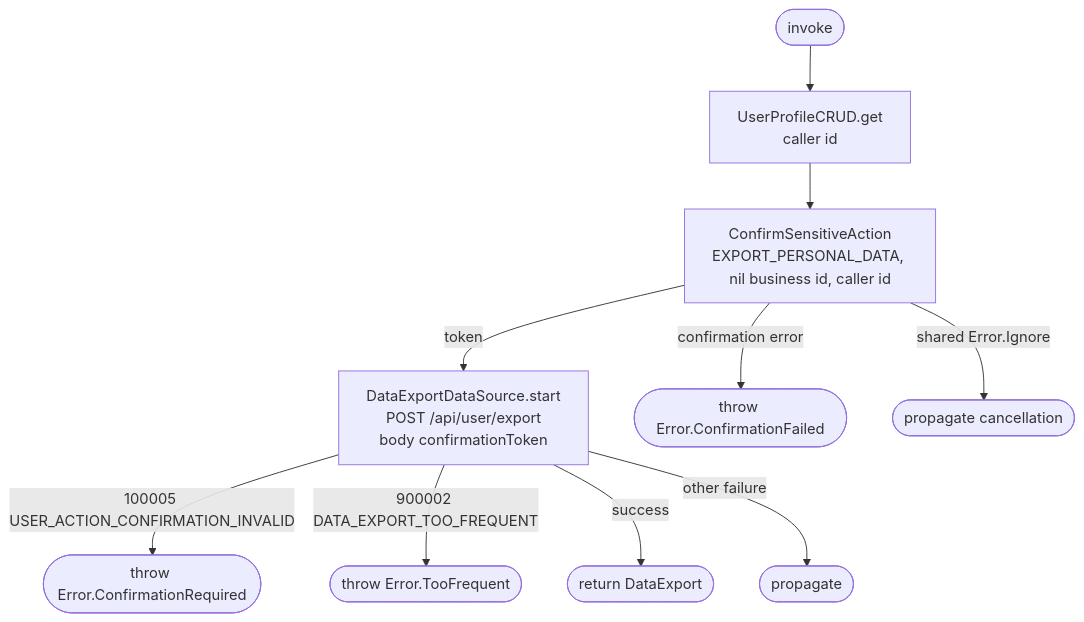
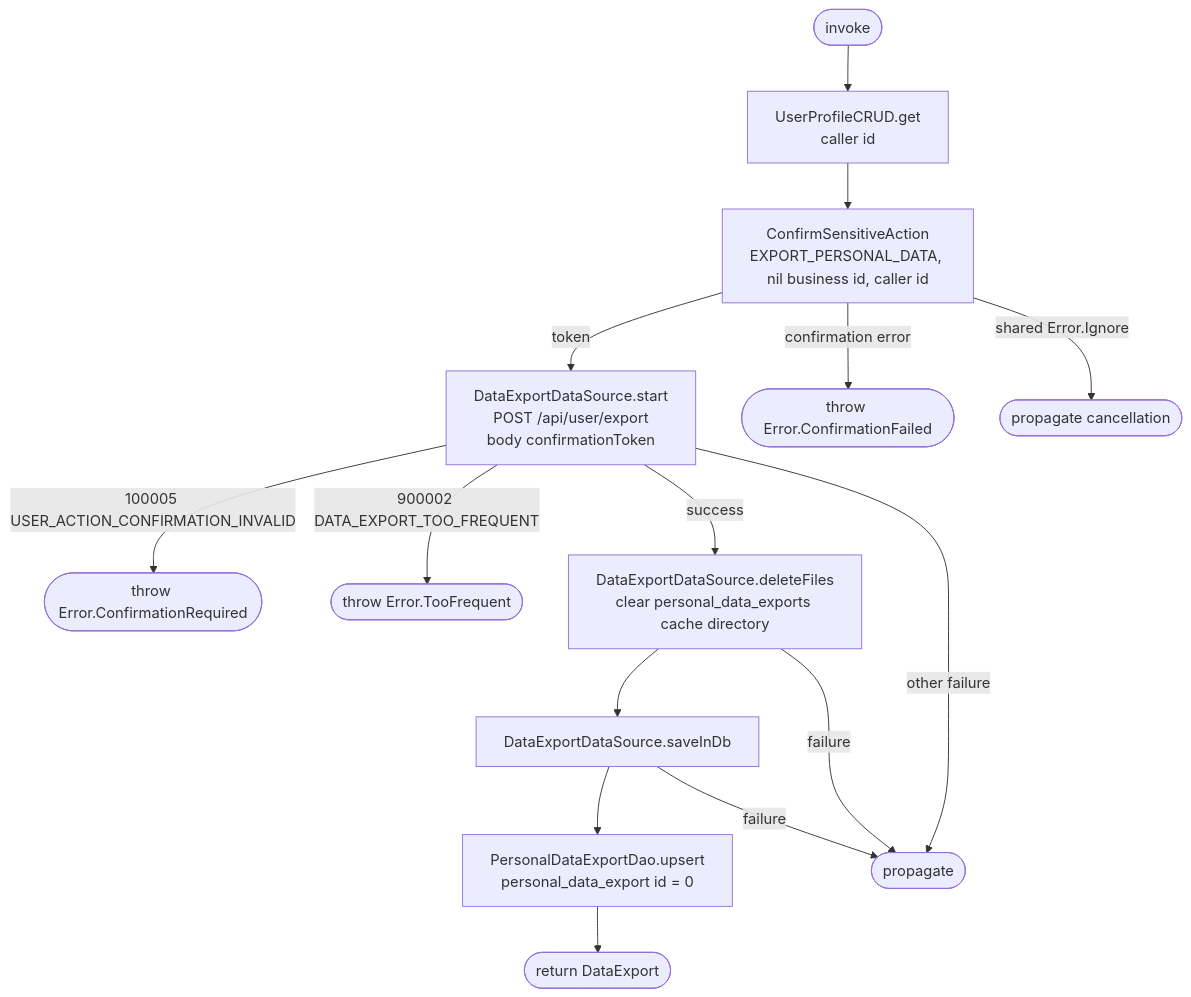
Before and after one commit to nocturneproperties/bookkme-client: the diagram in docs/operations/settings/start-personal-data-export.md, drawn with Mermaid. The commit also changed other lines of this file and 85 other files, not shown here.

Commit message:
[ISSUE-132] personal data export

````diff
--- a/docs/operations/settings/start-personal-data-export.md
+++ b/docs/operations/settings/start-personal-data-export.md
@@ -7,12 +7,17 @@
 ```mermaid
 flowchart TD
     Start([invoke]) --> Profile[UserProfileCRUD.get<br/>caller id]
     Profile --> Confirm[ConfirmSensitiveAction<br/>EXPORT_PERSONAL_DATA, nil business id, caller id]
     Confirm -- token --> Net[DataExportDataSource.start<br/>POST /api/user/export<br/>body confirmationToken]
     Confirm -- confirmation error --> Failed([throw Error.ConfirmationFailed])
     Confirm -- shared Error.Ignore --> Cancel([propagate cancellation])
     Net -- 100005 USER_ACTION_CONFIRMATION_INVALID --> Expired([throw Error.ConfirmationRequired])
     Net -- 900002 DATA_EXPORT_TOO_FREQUENT --> Limit([throw Error.TooFrequent])
-    Net -- success --> R([return DataExport])
+    Net -- success --> Prune[DataExportDataSource.deleteFiles<br/>clear personal_data_exports cache directory]
+    Prune --> Save[DataExportDataSource.saveInDb]
+    Save --> Upsert[PersonalDataExportDao.upsert<br/>personal_data_export id = 0]
+    Upsert --> R([return DataExport])
+    Save -- failure --> Other
+    Prune -- failure --> Other
     Net -- other failure --> Other([propagate])
 ```
````
